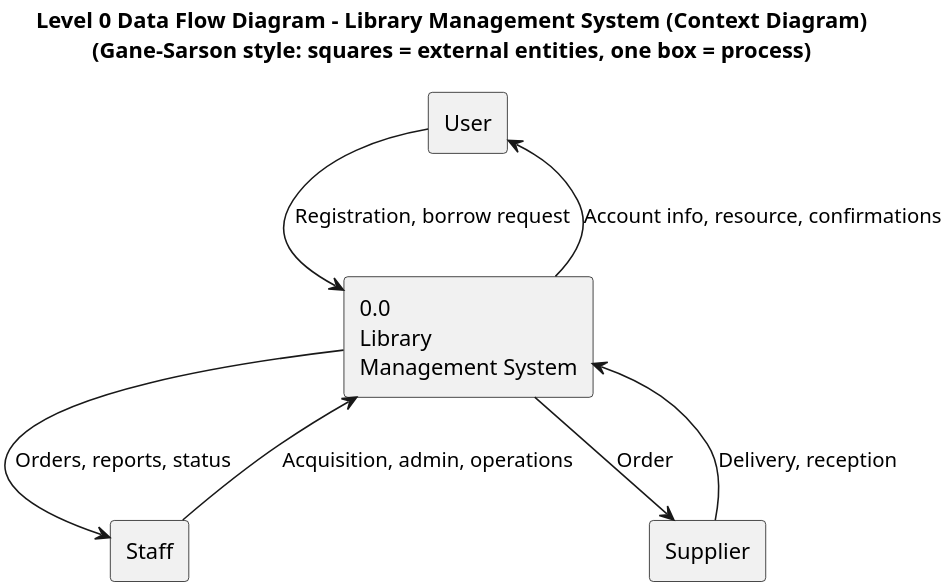
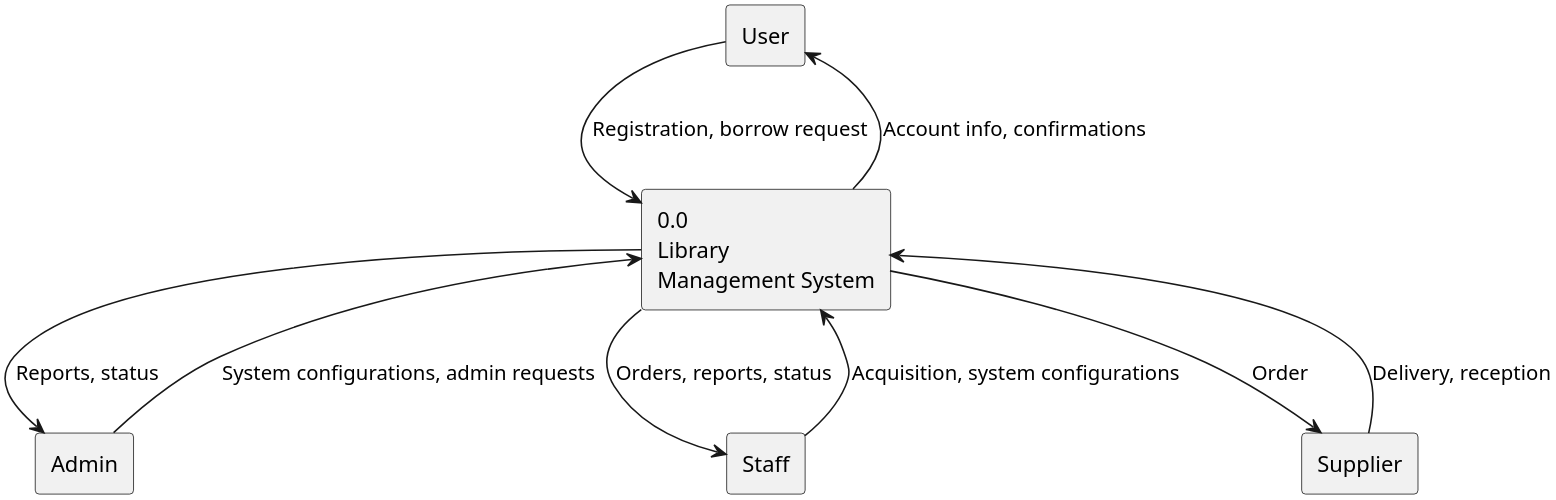
The diagram in library-management-system/dfd-level0.puml (TabotCharlesBessong/SQL), drawn with PlantUML before and after one commit. The commit also changed 4 other files, not shown here.

Commit message:
Add Level 1 Data Flow Diagram for Bus Station Management System, detailing external entities, data stores, and processes. Generated corresponding PNG file for visualization.

```diff
--- a/library-management-system/dfd-level0.puml
+++ b/library-management-system/dfd-level0.puml
@@ -1,28 +1,32 @@
 @startuml Level 0 DFD - Library Management System (Context Diagram)
 
 skinparam maxwidth 1600
 skinparam maxheight 1100
 skinparam dpi 300
 scale max 1600x1100
 
-title Level 0 Data Flow Diagram - Library Management System (Context Diagram)\n(Gane-Sarson style: squares = external entities, one box = process)
+' title Level 0 Data Flow Diagram - Library Management System (Context Diagram)\n(Gane-Sarson style: squares = external entities, one box = process)
 
 ' External entities (squares)
 rectangle "User" as User
+rectangle "Admin" as Admin
 rectangle "Staff" as Staff
 rectangle "Supplier" as Supplier
 
 ' Single process
 rectangle "0.0\nLibrary\nManagement System" as System
 
 ' Data flows
 User --> System : Registration, borrow request
-System --> User : Account info, resource, confirmations
+System --> User : Account info, confirmations
 
-Staff --> System : Acquisition, admin, operations
+Admin --> System : System configurations, admin requests
+System --> Admin : Reports, status
+
+Staff --> System : Acquisition, system configurations
 System --> Staff : Orders, reports, status
 
 Supplier --> System : Delivery, reception
 System --> Supplier : Order
 
 @enduml
```
